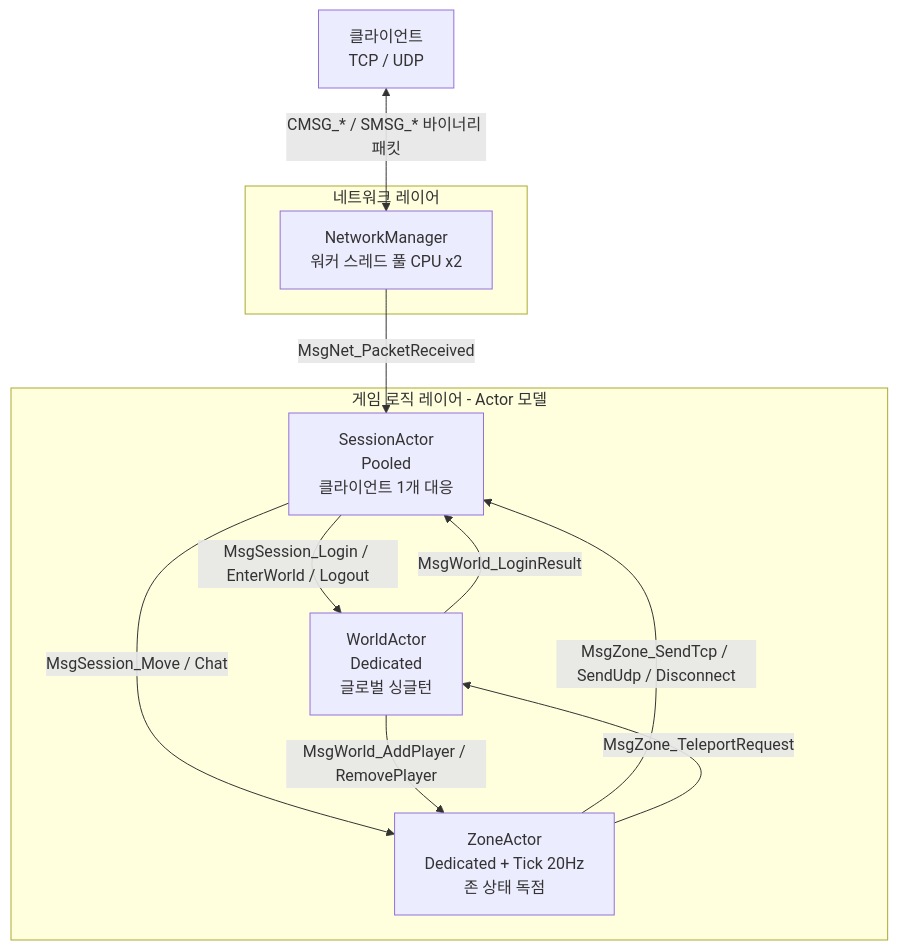
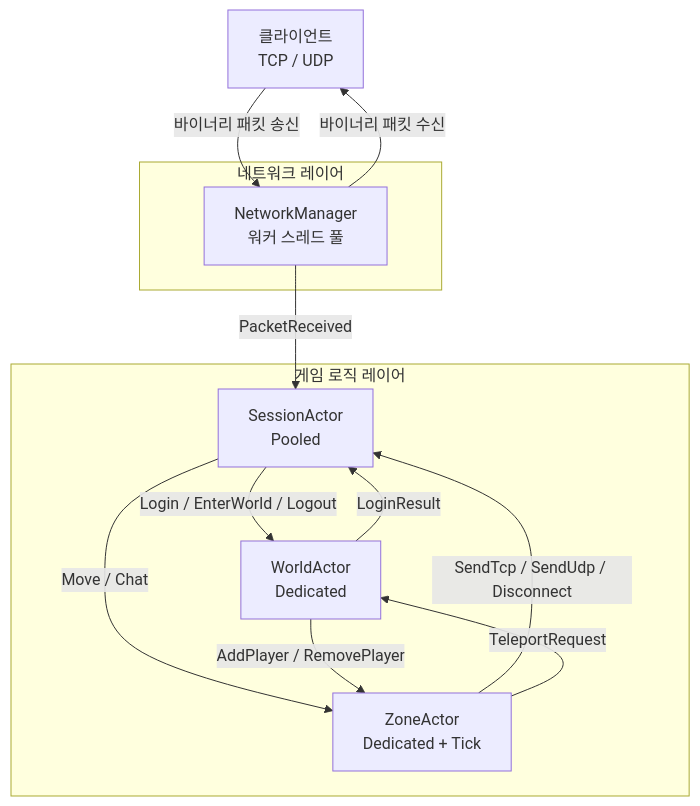
The first of 5 diagrams in NexusEngine/ARCHITECT.md (gimhema/Nexus-Engine), drawn with Mermaid before and after one commit. The commit also changed other lines of this file, not shown here.

````diff
--- a/NexusEngine/ARCHITECT.md
+++ b/NexusEngine/ARCHITECT.md
@@ -29,26 +29,27 @@
 ```mermaid
 flowchart TD
     Client["클라이언트\nTCP / UDP"]
 
     subgraph NET["네트워크 레이어"]
-        NW["NetworkManager\n워커 스레드 풀 CPU x2"]
+        NW["NetworkManager\n워커 스레드 풀"]
     end
 
-    subgraph GAME["게임 로직 레이어 - Actor 모델"]
-        SA["SessionActor\nPooled\n클라이언트 1개 대응"]
-        WA["WorldActor\nDedicated\n글로벌 싱글턴"]
-        ZA["ZoneActor\nDedicated + Tick 20Hz\n존 상태 독점"]
+    subgraph GAME["게임 로직 레이어"]
+        SA["SessionActor\nPooled"]
+        WA["WorldActor\nDedicated"]
+        ZA["ZoneActor\nDedicated + Tick"]
     end
 
-    Client <-->|"CMSG_* / SMSG_* 바이너리 패킷"| NW
-    NW -->|"MsgNet_PacketReceived"| SA
+    Client -->|"바이너리 패킷 송신"| NW
+    NW -->|"바이너리 패킷 수신"| Client
+    NW -->|"PacketReceived"| SA
 
-    SA -->|"MsgSession_Login / EnterWorld / Logout"| WA
-    SA -->|"MsgSession_Move / Chat"| ZA
+    SA -->|"Login / EnterWorld / Logout"| WA
+    SA -->|"Move / Chat"| ZA
 
-    WA -->|"MsgWorld_LoginResult"| SA
-    WA -->|"MsgWorld_AddPlayer / RemovePlayer"| ZA
+    WA -->|"LoginResult"| SA
+    WA -->|"AddPlayer / RemovePlayer"| ZA
 
-    ZA -->|"MsgZone_SendTcp / SendUdp / Disconnect"| SA
-    ZA -->|"MsgZone_TeleportRequest"| WA
+    ZA -->|"SendTcp / SendUdp / Disconnect"| SA
+    ZA -->|"TeleportRequest"| WA
 ```
````
